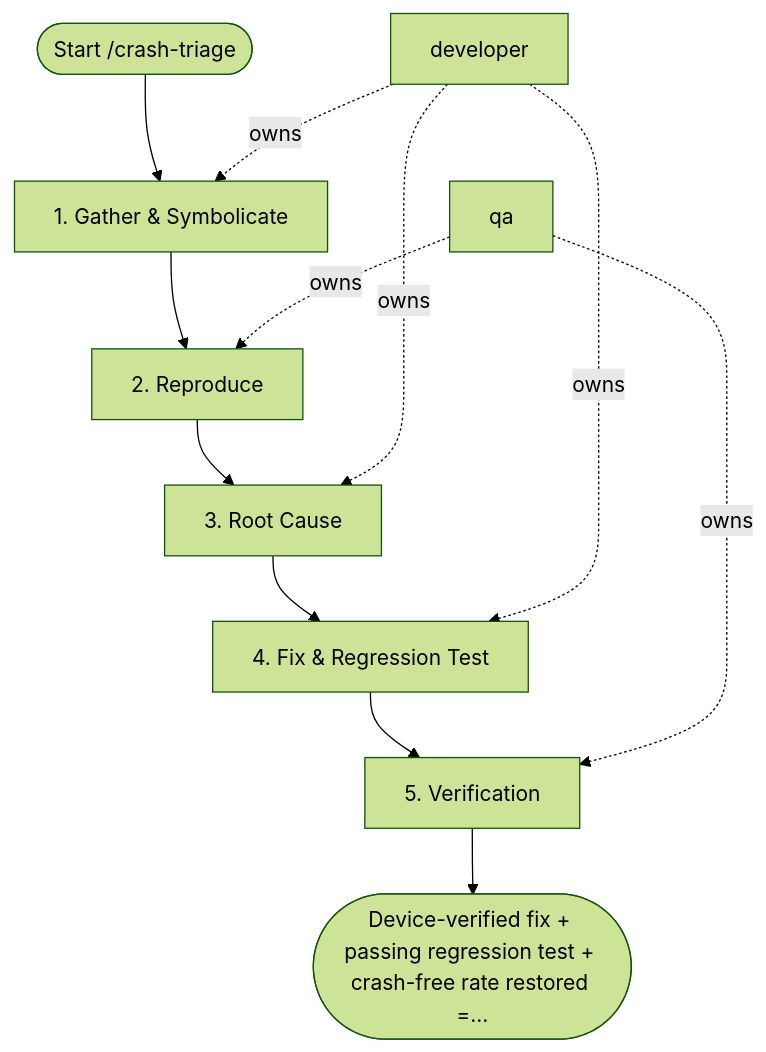
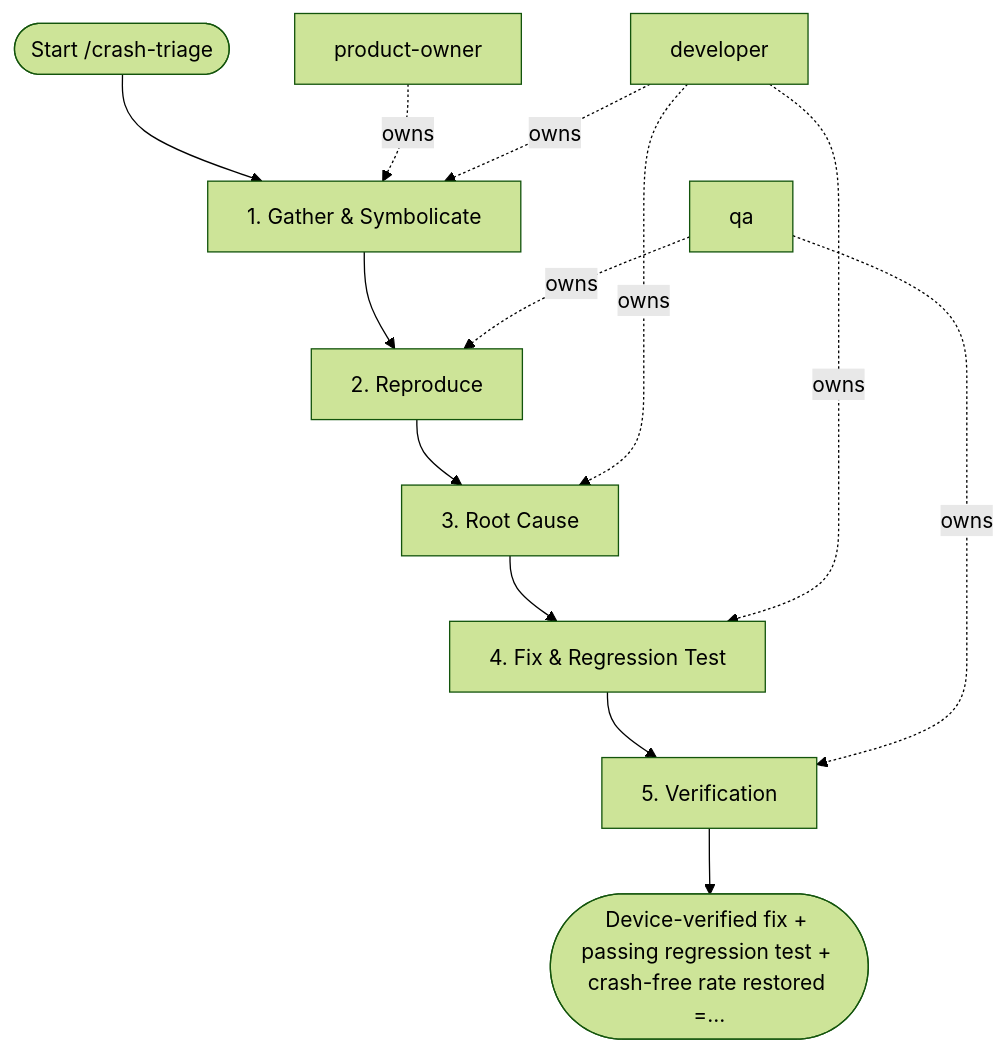
Before and after one commit to sawrus/agent-guides: the diagram in areas/software/mobile/workflows/crash-triage.md, drawn with Mermaid (forest theme). The commit also changed other lines of this file and 76 other files, not shown here.

Commit message:
Standardize workflow product owner initiation

````diff
--- a/areas/software/mobile/workflows/crash-triage.md
+++ b/areas/software/mobile/workflows/crash-triage.md
@@ -65,23 +65,25 @@
 ```mermaid
 flowchart TD
   start(["Start /crash-triage"])
-  role_1["developer"]
-  role_2["qa"]
+  role_1["product-owner"]
+  role_2["developer"]
+  role_3["qa"]
   step_1["1. Gather & Symbolicate"]
   step_2["2. Reproduce"]
   step_3["3. Root Cause"]
   step_4["4. Fix & Regression Test"]
   step_5["5. Verification"]
   exit(["Device-verified fix + passing regression test + crash-free rate restored =..."])
   start --> step_1
   step_1 --> step_2
   step_2 --> step_3
   step_3 --> step_4
   step_4 --> step_5
   step_5 --> exit
   role_1 -. owns .-> step_1
-  role_2 -. owns .-> step_2
-  role_1 -. owns .-> step_3
-  role_1 -. owns .-> step_4
-  role_2 -. owns .-> step_5
+  role_2 -. owns .-> step_1
+  role_3 -. owns .-> step_2
+  role_2 -. owns .-> step_3
+  role_2 -. owns .-> step_4
+  role_3 -. owns .-> step_5
 ```
````
